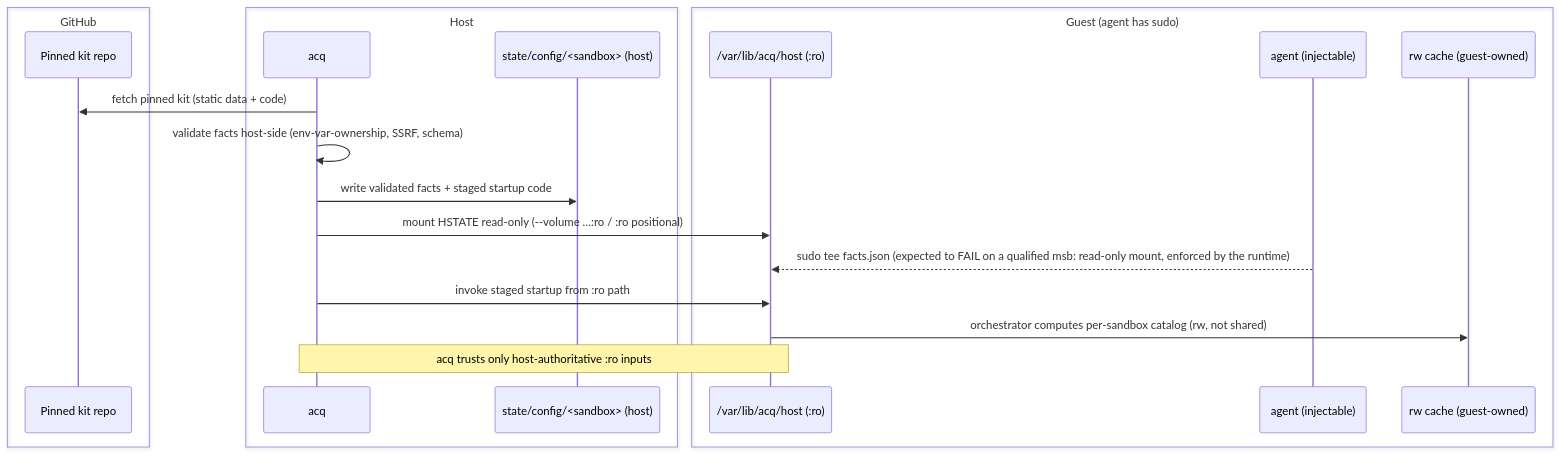
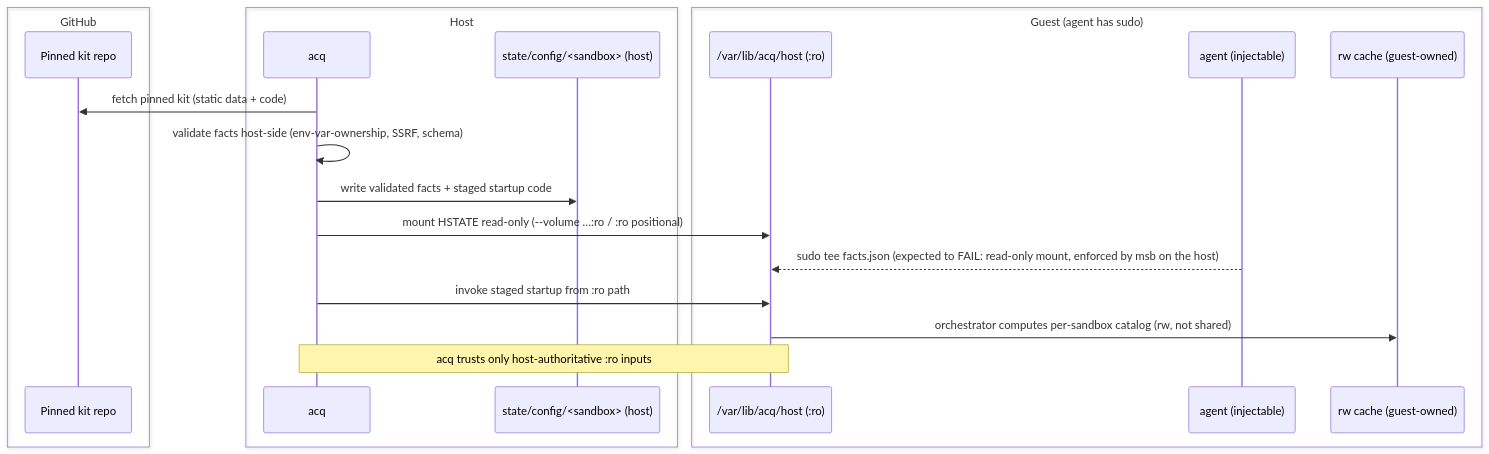
The second of 2 diagrams in docs/adr/0035-host-authoritative-sandbox-config.md (GSA-TTS/agentic-coding-quickstart), drawn with Mermaid before and after one commit. The commit also changed other lines of this file and 2 other files, not shown here.

Commit message:
docs: describe the msb-recorded read-only mount gate and what it does not prove

````diff
--- a/docs/adr/0035-host-authoritative-sandbox-config.md
+++ b/docs/adr/0035-host-authoritative-sandbox-config.md
@@ -356,24 +361,24 @@
 ```mermaid
 sequenceDiagram
     box GitHub
     participant KIT as Pinned kit repo
     end
     box Host
     participant ACQ as acq
     participant HSTATE as state/config/<sandbox> (host)
     end
     box Guest (agent has sudo)
     participant RO as /var/lib/acq/host (:ro)
     participant AGENT as agent (injectable)
     participant RW as rw cache (guest-owned)
     end
 
     ACQ->>KIT: fetch pinned kit (static data + code)
     ACQ->>ACQ: validate facts host-side (env-var-ownership, SSRF, schema)
     ACQ->>HSTATE: write validated facts + staged startup code
     ACQ->>RO: mount HSTATE read-only (--volume …:ro / :ro positional)
-    AGENT-->>RO: sudo tee facts.json (expected to FAIL on a qualified msb: read-only mount, enforced by the runtime)
+    AGENT-->>RO: sudo tee facts.json (expected to FAIL: read-only mount, enforced by msb on the host)
     ACQ->>RO: invoke staged startup from :ro path
     RO->>RW: orchestrator computes per-sandbox catalog (rw, not shared)
     Note over ACQ,RO: acq trusts only host-authoritative :ro inputs
 ```
````
